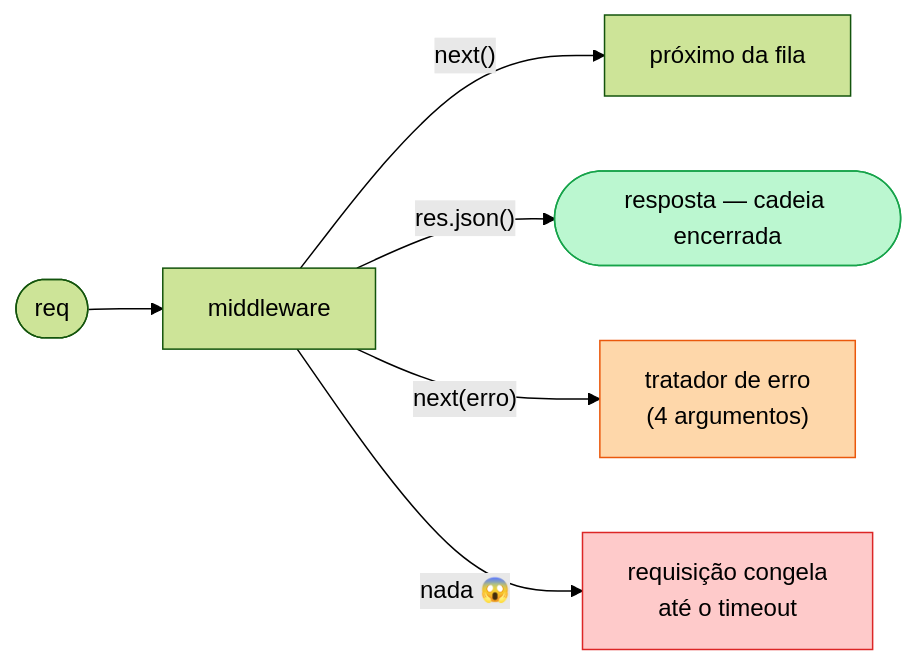
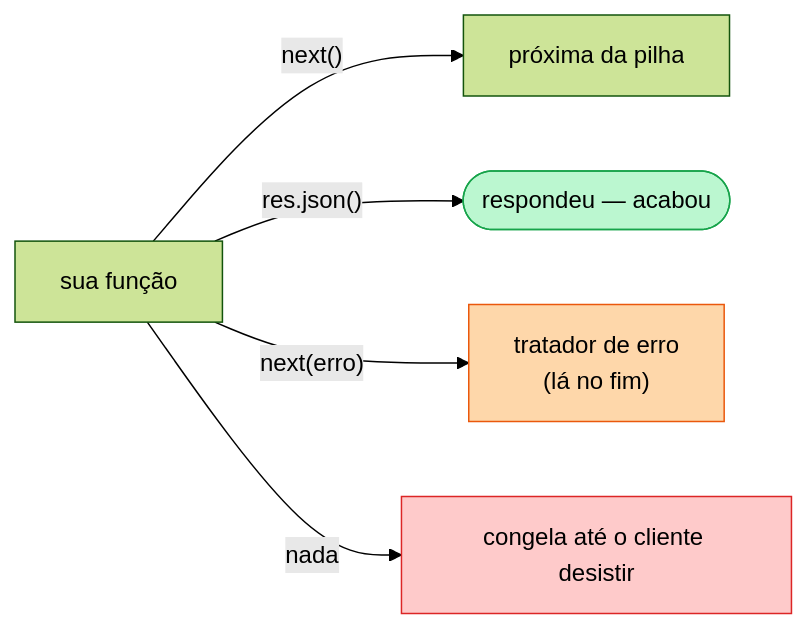
The second of 4 diagrams in docs/05-middlewares.md (kessleru/Backend-express), drawn with Mermaid (forest theme) before and after one commit. The commit also changed other lines of this file and 1 other file, not shown here.

````diff
--- a/docs/05-middlewares.md
+++ b/docs/05-middlewares.md
@@ -25,11 +111,10 @@
 ```mermaid
 flowchart LR
-    IN([req]) --> MW["middleware"]
-    MW -->|"next()"| PROX["próximo da fila"]
-    MW -->|"res.json()"| FIM([resposta — cadeia encerrada])
-    MW -->|"next(erro)"| ERR["tratador de erro<br/>(4 argumentos)"]
-    MW -->|"nada 😱"| TRAVA["requisição congela<br/>até o timeout"]
+    MW["sua função"] -->|"next()"| PROX["próxima da pilha"]
+    MW -->|"res.json()"| FIM([respondeu — acabou])
+    MW -->|"next(erro)"| ERR["tratador de erro<br/>(lá no fim)"]
+    MW -->|"nada"| TRAVA["congela até o cliente desistir"]
     style FIM fill:#bbf7d0,stroke:#16a34a,color:#000
     style ERR fill:#fed7aa,stroke:#ea580c,color:#000
     style TRAVA fill:#fecaca,stroke:#dc2626,color:#000
 ```
````
